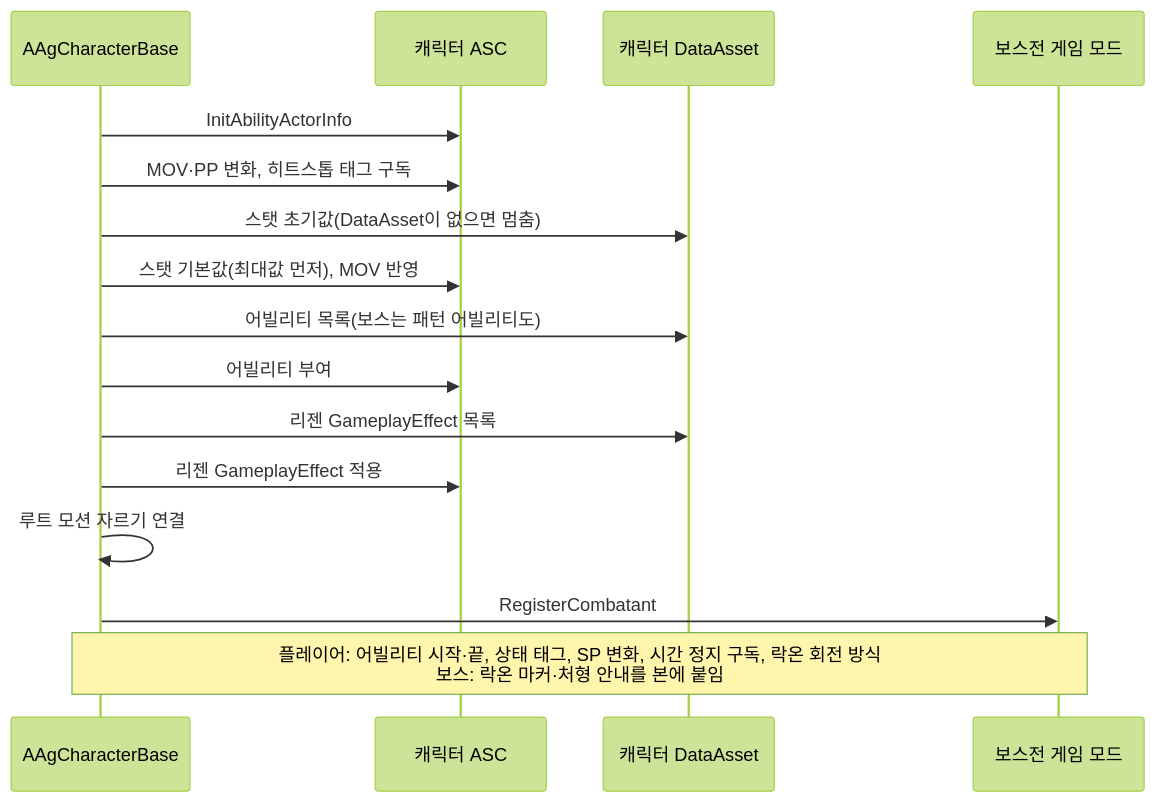
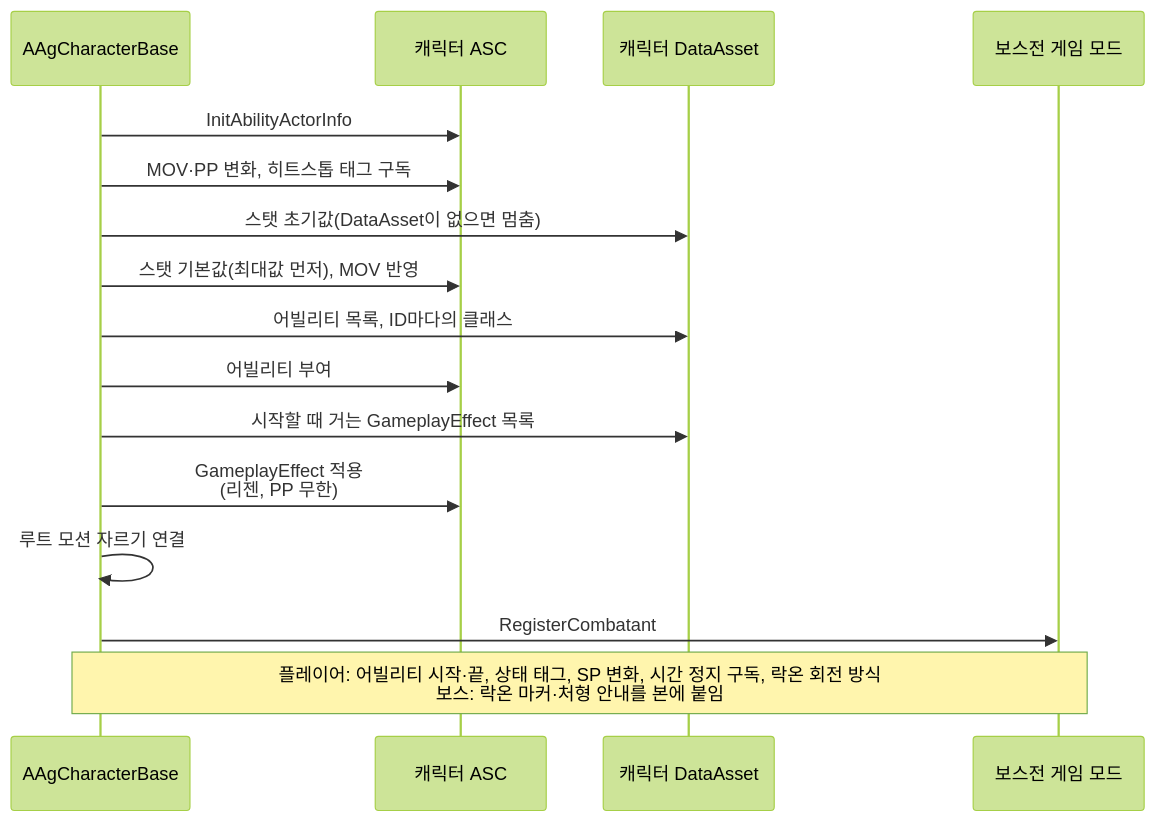
The second of 2 diagrams in Docs/Program/캐릭터 초기화.md (Woogl/Ag), drawn with Mermaid (forest theme) before and after one commit. The commit also changed other lines of this file and 81 other files, not shown here.

````diff
--- a/Docs/Program/캐릭터 초기화.md
+++ b/Docs/Program/캐릭터 초기화.md
@@ -47,18 +47,18 @@
 ```mermaid
 sequenceDiagram
     participant C as AAgCharacterBase
     participant ASC as 캐릭터 ASC
     participant D as 캐릭터 DataAsset
     participant GM as 보스전 게임 모드
     C->>ASC: InitAbilityActorInfo
     C->>ASC: MOV·PP 변화, 히트스톱 태그 구독
     C->>D: 스탯 초기값(DataAsset이 없으면 멈춤)
     C->>ASC: 스탯 기본값(최대값 먼저), MOV 반영
-    C->>D: 어빌리티 목록(보스는 패턴 어빌리티도)
+    C->>D: 어빌리티 목록, ID마다의 클래스
     C->>ASC: 어빌리티 부여
-    C->>D: 리젠 GameplayEffect 목록
-    C->>ASC: 리젠 GameplayEffect 적용
+    C->>D: 시작할 때 거는 GameplayEffect 목록
+    C->>ASC: GameplayEffect 적용<br>(리젠, PP 무한)
     C->>C: 루트 모션 자르기 연결
     C->>GM: RegisterCombatant
     Note over C,GM: 플레이어: 어빌리티 시작·끝, 상태 태그, SP 변화, 시간 정지 구독, 락온 회전 방식<br>보스: 락온 마커·처형 안내를 본에 붙임
 ```
````
